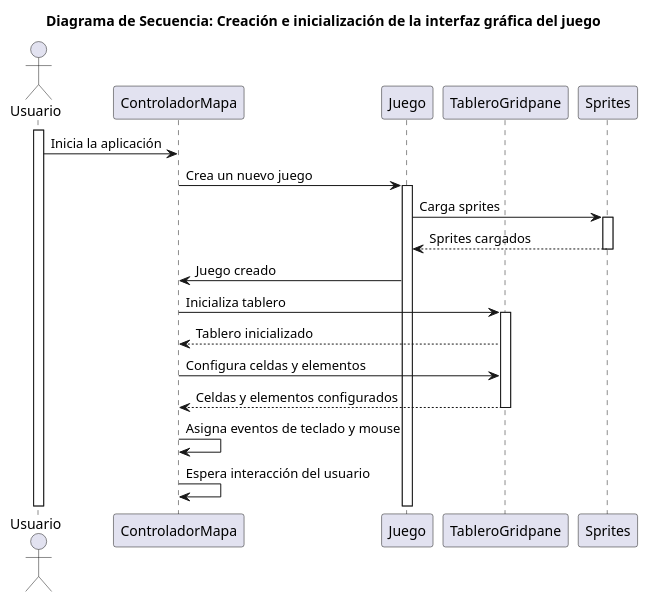
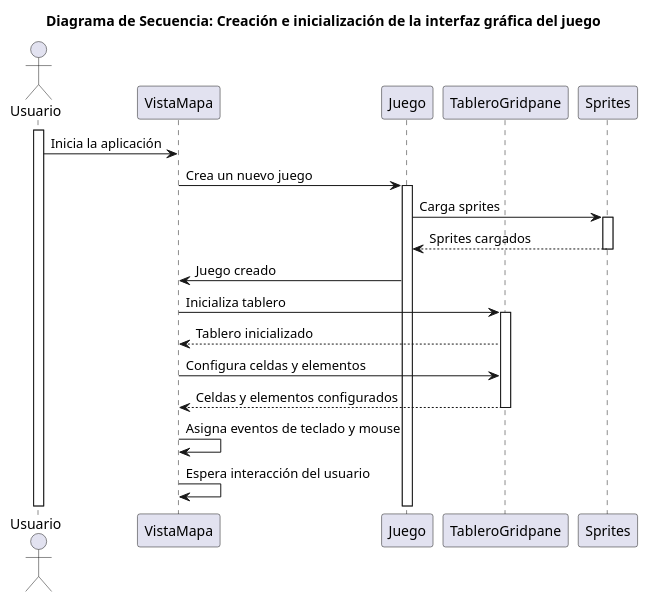
One commit to FelipeAscencio/TP1_ParadigmasDeLaProgramacion changed the diagram in doc/diagrama de secuencia mapa.puml. Above: the diagram before and after it, drawn with PlantUML. The commit also changed 9 other files, not shown here.

```diff
--- a/doc/diagrama de secuencia mapa.puml
+++ b/doc/diagrama de secuencia mapa.puml
@@ -1,33 +1,33 @@
 @startuml
 
 title Diagrama de Secuencia: Creación e inicialización de la interfaz gráfica del juego
 
 actor Usuario
 
-participant "ControladorMapa" as Controlador
+participant "VistaMapa" as Vista
 participant "Juego" as Juego
 participant "TableroGridpane" as Tablero
 participant "Sprites" as Sprites
 
 activate Usuario
-Usuario -> Controlador: Inicia la aplicación
+Usuario -> Vista: Inicia la aplicación
 
-Controlador -> Juego: Crea un nuevo juego
+Vista -> Juego: Crea un nuevo juego
 activate Juego
 Juego -> Sprites: Carga sprites
 activate Sprites
 Sprites --> Juego: Sprites cargados
 deactivate Sprites
-Juego -> Controlador: Juego creado
+Juego -> Vista: Juego creado
 
-Controlador -> Tablero: Inicializa tablero
+Vista -> Tablero: Inicializa tablero
 activate Tablero
-Tablero --> Controlador: Tablero inicializado
-Controlador -> Tablero: Configura celdas y elementos
-Tablero --> Controlador: Celdas y elementos configurados
+Tablero --> Vista: Tablero inicializado
+Vista -> Tablero: Configura celdas y elementos
+Tablero --> Vista: Celdas y elementos configurados
 deactivate Tablero
 
-Controlador -> Controlador: Asigna eventos de teclado y mouse
-Controlador -> Controlador: Espera interacción del usuario
+Vista -> Vista: Asigna eventos de teclado y mouse
+Vista -> Vista: Espera interacción del usuario
 
 @enduml
```
